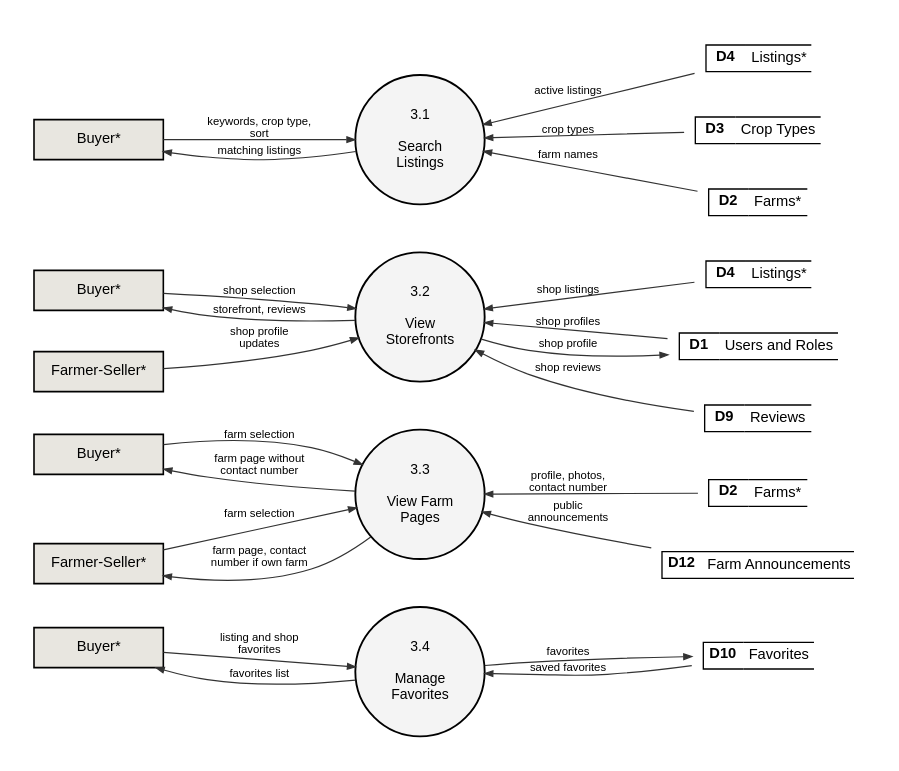
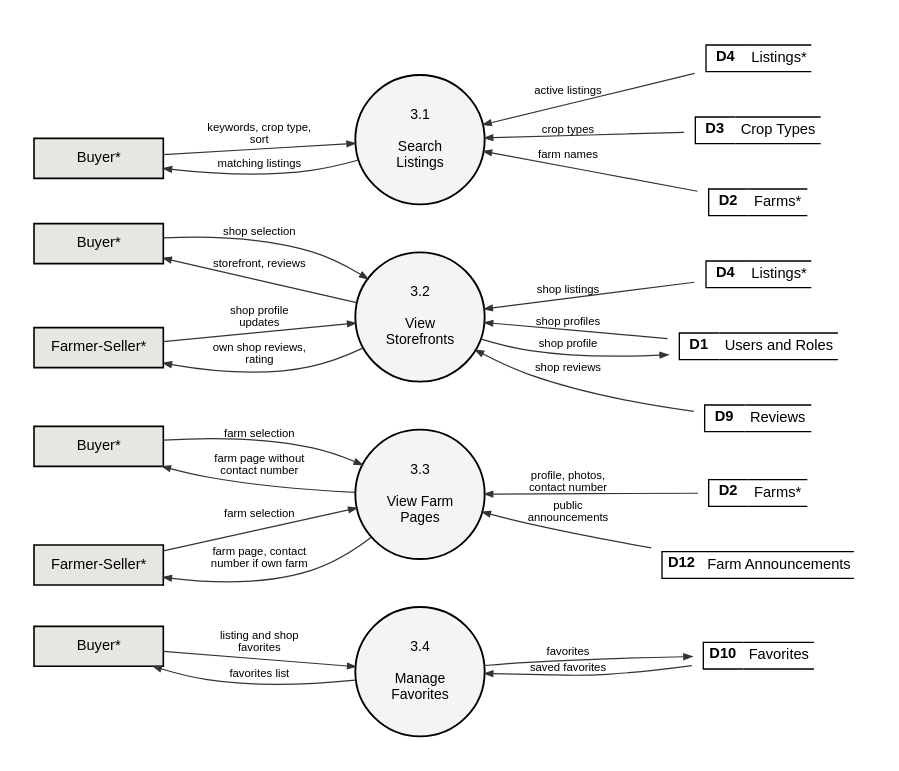
The diagram in docs/manuscript/figures/src/fig6_2_3_dfd_level2.dot (shawncastaneda11-commits/anihow-backend), drawn with Graphviz before and after one commit. The commit also changed 10 other files, not shown here.

First line of the commit message:
docs: show farmer-seller shop reviews in the diagrams and spec

```diff
--- a/docs/manuscript/figures/src/fig6_2_3_dfd_level2.dot
+++ b/docs/manuscript/figures/src/fig6_2_3_dfd_level2.dot
@@ -1,53 +1,54 @@
 // Data flow diagram, level 2, process 3.0 Browse Marketplace.
 digraph G {
   graph [rankdir=LR, nodesep=0.25, ranksep=0.9, pad=0.25, fontname="Liberation Sans", newrank=true];
   node  [fontname="Liberation Sans", fontsize=11];
   edge  [penwidth=0.9, arrowsize=0.6, color="#333333", fontname="Liberation Sans", fontsize=8.5];
   q3a [shape=circle, style=filled, fillcolor="#F4F4F4", penwidth=1.4, fixedsize=true, width=1.35, fontsize=10.5, label="3.1\n\nSearch\nListings"];
   by_q3a [shape=box, style=filled, fillcolor="#E8E6E0", penwidth=1.2, width=1.35, height=0.42, label="Buyer*"];
   D4_q3a [shape=plaintext, label=<<TABLE BORDER="0" CELLBORDER="1" CELLSPACING="0" CELLPADDING="3"><TR><TD SIDES="TBL" WIDTH="30"><B>D4</B></TD><TD SIDES="TB" ALIGN="LEFT">Listings*</TD></TR></TABLE>>];
   D3_q3a [shape=plaintext, label=<<TABLE BORDER="0" CELLBORDER="1" CELLSPACING="0" CELLPADDING="3"><TR><TD SIDES="TBL" WIDTH="30"><B>D3</B></TD><TD SIDES="TB" ALIGN="LEFT">Crop Types</TD></TR></TABLE>>];
   D2_q3a [shape=plaintext, label=<<TABLE BORDER="0" CELLBORDER="1" CELLSPACING="0" CELLPADDING="3"><TR><TD SIDES="TBL" WIDTH="30"><B>D2</B></TD><TD SIDES="TB" ALIGN="LEFT">Farms*</TD></TR></TABLE>>];
   q3b [shape=circle, style=filled, fillcolor="#F4F4F4", penwidth=1.4, fixedsize=true, width=1.35, fontsize=10.5, label="3.2\n\nView\nStorefronts"];
   by_q3b [shape=box, style=filled, fillcolor="#E8E6E0", penwidth=1.2, width=1.35, height=0.42, label="Buyer*"];
   D4_q3b [shape=plaintext, label=<<TABLE BORDER="0" CELLBORDER="1" CELLSPACING="0" CELLPADDING="3"><TR><TD SIDES="TBL" WIDTH="30"><B>D4</B></TD><TD SIDES="TB" ALIGN="LEFT">Listings*</TD></TR></TABLE>>];
   D1_q3b [shape=plaintext, label=<<TABLE BORDER="0" CELLBORDER="1" CELLSPACING="0" CELLPADDING="3"><TR><TD SIDES="TBL" WIDTH="30"><B>D1</B></TD><TD SIDES="TB" ALIGN="LEFT">Users and Roles</TD></TR></TABLE>>];
   D9_q3b [shape=plaintext, label=<<TABLE BORDER="0" CELLBORDER="1" CELLSPACING="0" CELLPADDING="3"><TR><TD SIDES="TBL" WIDTH="30"><B>D9</B></TD><TD SIDES="TB" ALIGN="LEFT">Reviews</TD></TR></TABLE>>];
   fs_q3b [shape=box, style=filled, fillcolor="#E8E6E0", penwidth=1.2, width=1.35, height=0.42, label="Farmer-Seller*"];
   q3c [shape=circle, style=filled, fillcolor="#F4F4F4", penwidth=1.4, fixedsize=true, width=1.35, fontsize=10.5, label="3.3\n\nView Farm\nPages"];
   by_q3c [shape=box, style=filled, fillcolor="#E8E6E0", penwidth=1.2, width=1.35, height=0.42, label="Buyer*"];
   D2_q3c [shape=plaintext, label=<<TABLE BORDER="0" CELLBORDER="1" CELLSPACING="0" CELLPADDING="3"><TR><TD SIDES="TBL" WIDTH="30"><B>D2</B></TD><TD SIDES="TB" ALIGN="LEFT">Farms*</TD></TR></TABLE>>];
   fs_q3c [shape=box, style=filled, fillcolor="#E8E6E0", penwidth=1.2, width=1.35, height=0.42, label="Farmer-Seller*"];
   D12_q3c [shape=plaintext, label=<<TABLE BORDER="0" CELLBORDER="1" CELLSPACING="0" CELLPADDING="3"><TR><TD SIDES="TBL" WIDTH="30"><B>D12</B></TD><TD SIDES="TB" ALIGN="LEFT">Farm Announcements</TD></TR></TABLE>>];
   q3d [shape=circle, style=filled, fillcolor="#F4F4F4", penwidth=1.4, fixedsize=true, width=1.35, fontsize=10.5, label="3.4\n\nManage\nFavorites"];
   by_q3d [shape=box, style=filled, fillcolor="#E8E6E0", penwidth=1.2, width=1.35, height=0.42, label="Buyer*"];
   D10_q3d [shape=plaintext, label=<<TABLE BORDER="0" CELLBORDER="1" CELLSPACING="0" CELLPADDING="3"><TR><TD SIDES="TBL" WIDTH="30"><B>D10</B></TD><TD SIDES="TB" ALIGN="LEFT">Favorites</TD></TR></TABLE>>];
   by_q3a -> q3a [label="keywords, crop type,\nsort"];
   q3a -> D4_q3a [label="active listings", dir=back];
   q3a -> D3_q3a [label="crop types", dir=back];
   q3a -> D2_q3a [label="farm names", dir=back];
   by_q3a -> q3a [label="matching listings", dir=back];
   by_q3b -> q3b [label="shop selection"];
   q3b -> D1_q3b [label="shop profiles", dir=back];
   q3b -> D4_q3b [label="shop listings", dir=back];
   q3b -> D9_q3b [label="shop reviews", dir=back];
   by_q3b -> q3b [label="storefront, reviews", dir=back];
   fs_q3b -> q3b [label="shop profile\nupdates"];
   q3b -> D1_q3b [label="shop profile"];
+  fs_q3b -> q3b [label="own shop reviews,\nrating", dir=back];
   by_q3c -> q3c [label="farm selection"];
   fs_q3c -> q3c [label="farm selection"];
   q3c -> D2_q3c [label="profile, photos,\ncontact number", dir=back];
   q3c -> D12_q3c [label="public\nannouncements", dir=back];
   by_q3c -> q3c [label="farm page without\ncontact number", dir=back];
   fs_q3c -> q3c [label="farm page, contact\nnumber if own farm", dir=back];
   by_q3d -> q3d [label="listing and shop\nfavorites"];
   q3d -> D10_q3d [label="favorites"];
   q3d -> D10_q3d [label="saved favorites", dir=back];
   by_q3d -> q3d [label="favorites list", dir=back];
   {rank=same; by_q3a; by_q3b; fs_q3b; by_q3c; fs_q3c; by_q3d}
   {rank=same; D4_q3a; D3_q3a; D2_q3a; D1_q3b; D4_q3b; D9_q3b; D2_q3c; D12_q3c; D10_q3d}
   {rank=same; q3a; q3b; q3c; q3d}
   q3a -> q3b [style=invis, weight=10];
   q3b -> q3c [style=invis, weight=10];
   q3c -> q3d [style=invis, weight=10];
 }
```
